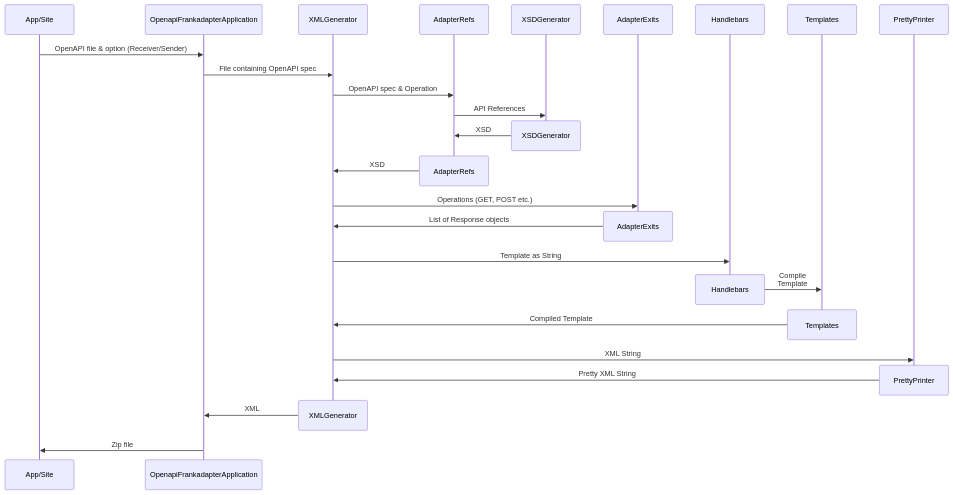
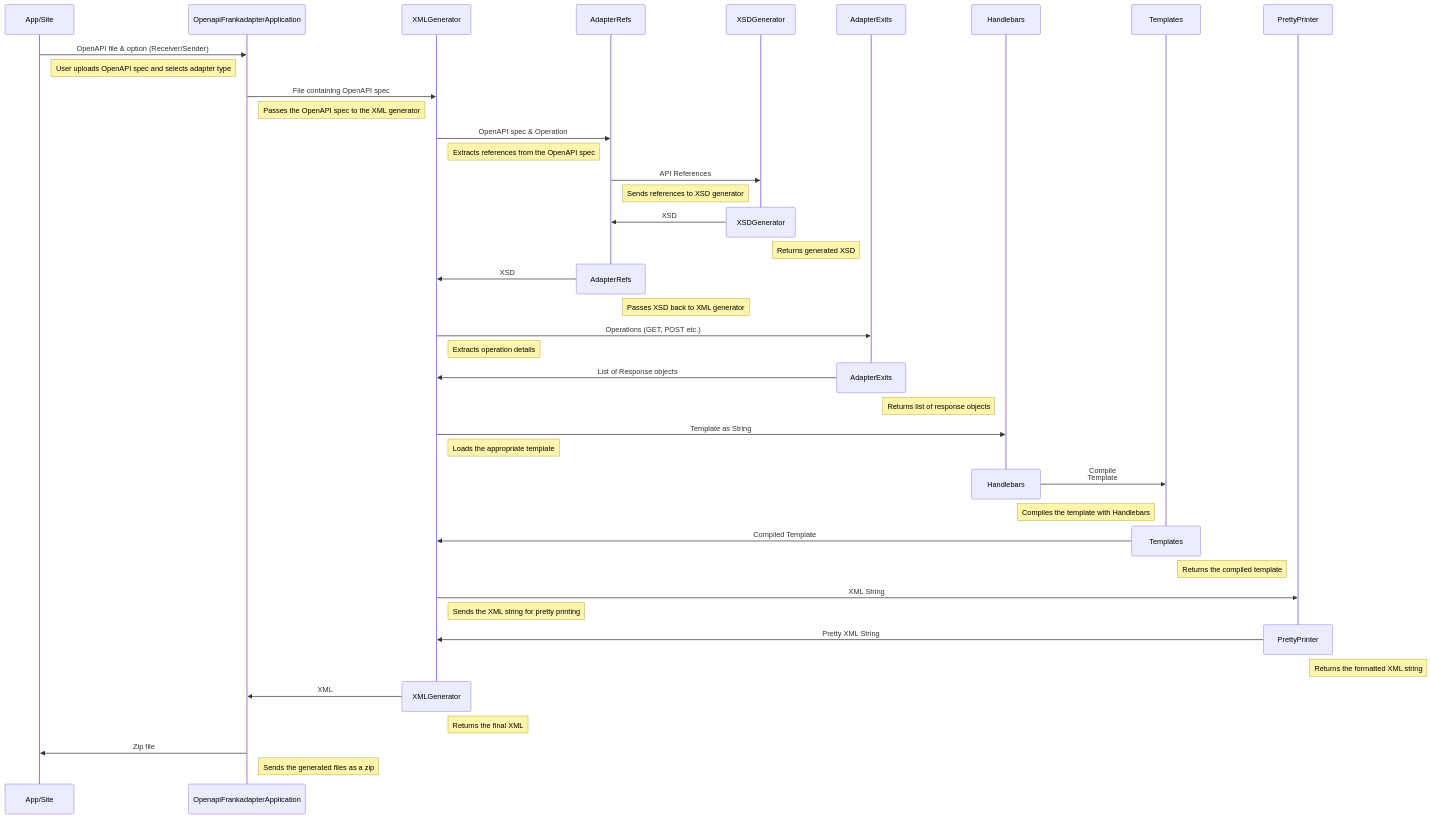
One commit to wearefrank/openapi-frank-generator changed the diagram in README.md. Above: the diagram before and after it, drawn with Mermaid. The commit also changed other lines of this file and 2 other files, not shown here.

Commit message:
Final commit: Expanded README Added 2 test classes

````diff
--- a/README.md
+++ b/README.md
@@ -37,36 +67,51 @@
 ```mermaid
 sequenceDiagram
-    participant App/Site 
+    participant App/Site
     participant OpenapiFrankadapterApplication
     participant XMLGenerator
     participant AdapterRefs
     participant XSDGenerator
     participant AdapterExits
     participant Handlebars
     participant Templates
     participant PrettyPrinter
 
     App/Site->>OpenapiFrankadapterApplication: OpenAPI file & option (Receiver/Sender)
+    Note right of App/Site: User uploads OpenAPI spec and selects adapter type
     OpenapiFrankadapterApplication->>XMLGenerator: File containing OpenAPI spec
+    Note right of OpenapiFrankadapterApplication: Passes the OpenAPI spec to the XML generator
     XMLGenerator->>AdapterRefs: OpenAPI spec & Operation
+    Note right of XMLGenerator: Extracts references from the OpenAPI spec
     AdapterRefs->>XSDGenerator: API References
+    Note right of AdapterRefs: Sends references to XSD generator
     destroy XSDGenerator
     XSDGenerator->>AdapterRefs: XSD
+    Note right of XSDGenerator: Returns generated XSD
     destroy AdapterRefs
     AdapterRefs->>XMLGenerator: XSD
+    Note right of AdapterRefs: Passes XSD back to XML generator
     XMLGenerator->>AdapterExits: Operations (GET, POST etc.)
+    Note right of XMLGenerator: Extracts operation details
     destroy AdapterExits
     AdapterExits->>XMLGenerator: List of Response objects
+    Note right of AdapterExits: Returns list of response objects
     XMLGenerator->>Handlebars: Template as String
+    Note right of XMLGenerator: Loads the appropriate template
     destroy Handlebars
     Handlebars->>Templates: Compile<br/> Template
+    Note right of Handlebars: Compiles the template with Handlebars
     destroy Templates
     Templates->>XMLGenerator: Compiled Template
+    Note right of Templates: Returns the compiled template
     XMLGenerator->>PrettyPrinter: XML String
+    Note right of XMLGenerator: Sends the XML string for pretty printing
     destroy PrettyPrinter
     PrettyPrinter->>XMLGenerator: Pretty XML String
+    Note right of PrettyPrinter: Returns the formatted XML string
     destroy XMLGenerator
     XMLGenerator->>OpenapiFrankadapterApplication: XML
+    Note right of XMLGenerator: Returns the final XML
     OpenapiFrankadapterApplication->>App/Site: Zip file
-    
+    Note right of OpenapiFrankadapterApplication: Sends the generated files as a zip
+
 ```
````
